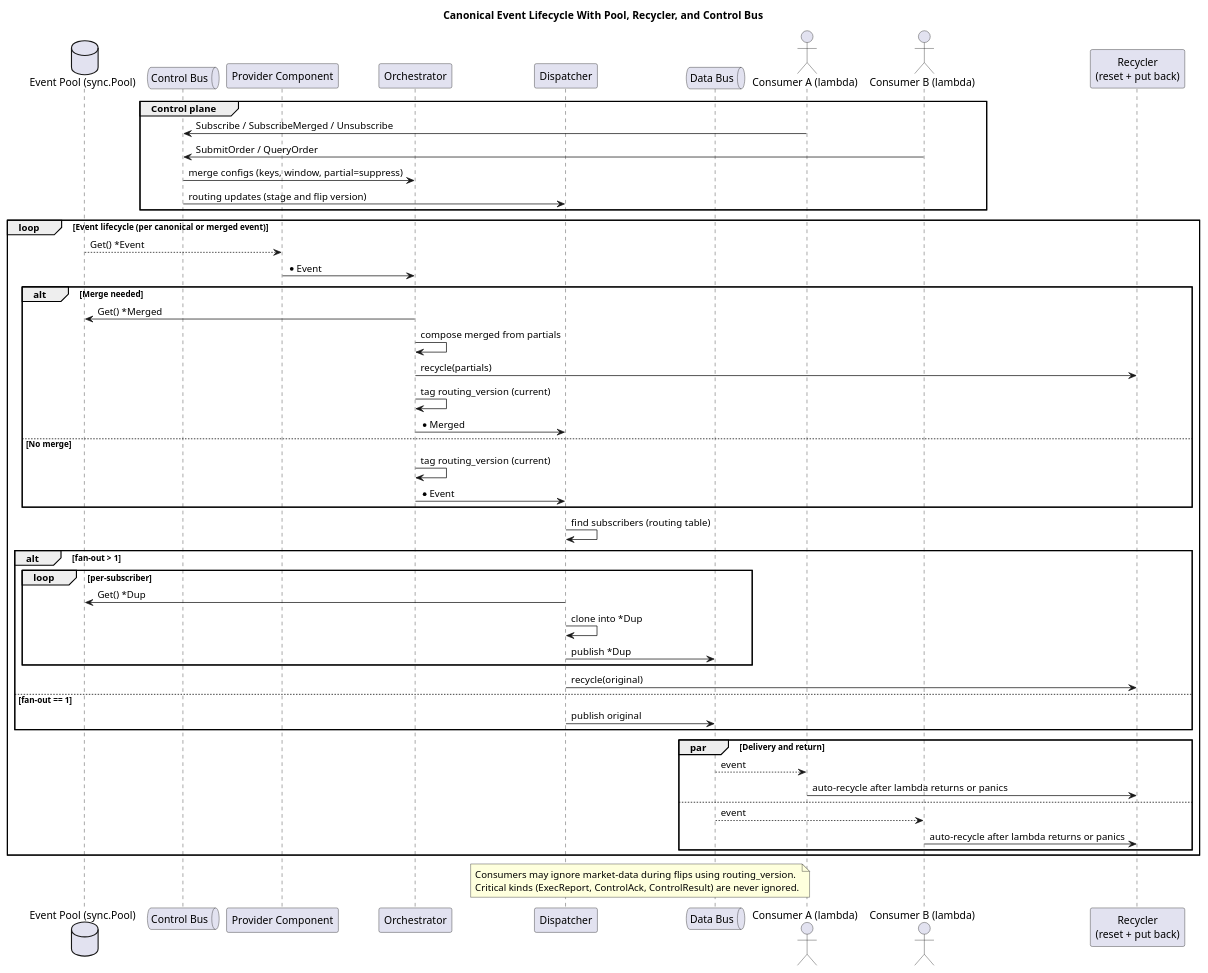
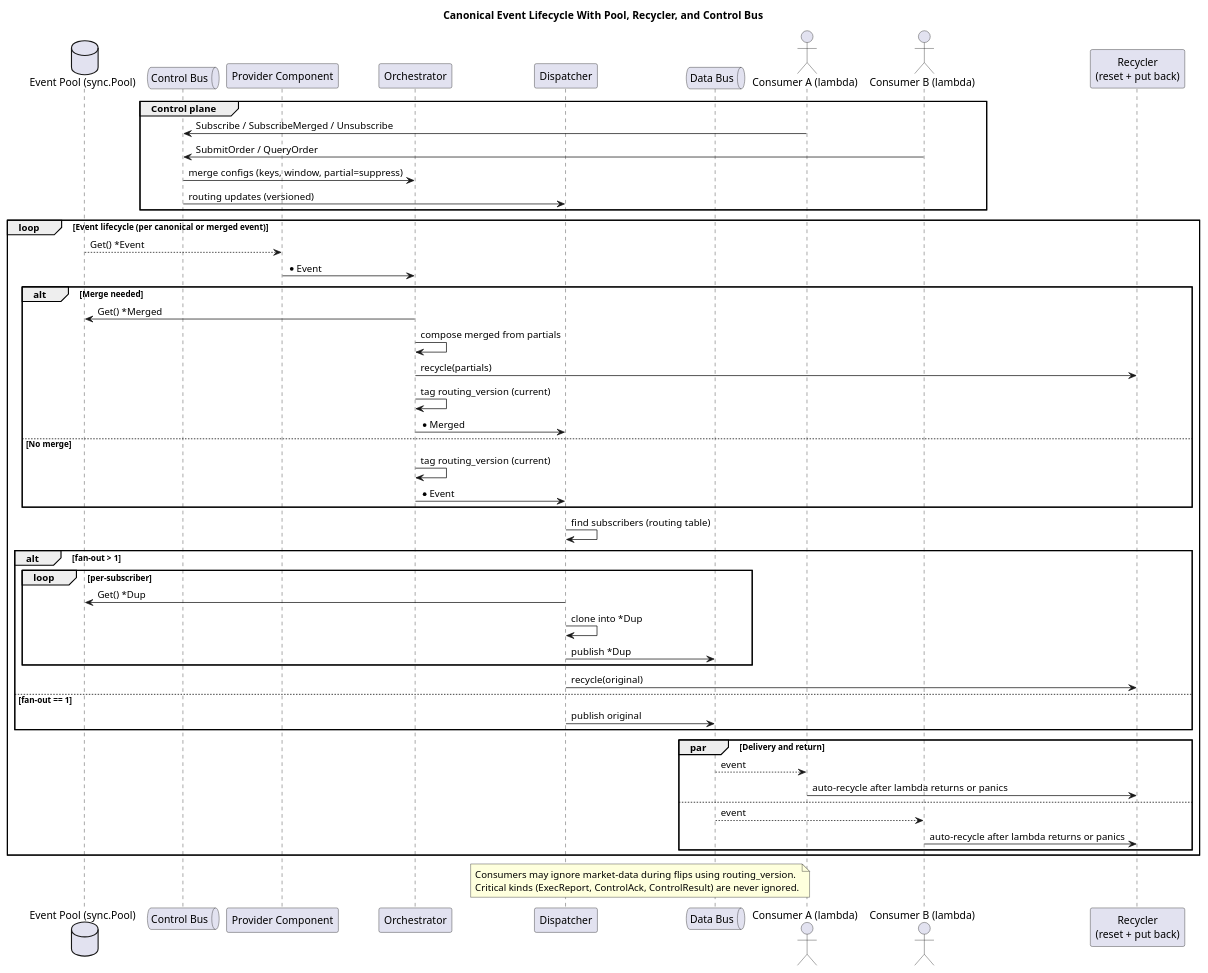
The diagram in docs/diagrams/event-lifecycle-pooling.puml (coachpo/meltica), drawn with PlantUML before and after one commit. The commit also changed other lines of this file and 25 other files, not shown here.

```diff
--- a/docs/diagrams/event-lifecycle-pooling.puml
+++ b/docs/diagrams/event-lifecycle-pooling.puml
@@ -1,61 +1,61 @@
 @startuml
 title Canonical Event Lifecycle With Pool, Recycler, and Control Bus
 
 database "Event Pool (sync.Pool)" as Pool
 queue "Control Bus" as ControlBus
 participant "Provider Component" as Provider
 participant "Orchestrator" as Orchestrator
 participant "Dispatcher" as Dispatcher
 queue "Data Bus" as DataBus
 actor "Consumer A (lambda)" as CON_A
 actor "Consumer B (lambda)" as CON_B
 participant "Recycler\n(reset + put back)" as Recycler
 
 group Control plane
   CON_A -> ControlBus : Subscribe / SubscribeMerged / Unsubscribe
   CON_B -> ControlBus : SubmitOrder / QueryOrder
   ControlBus -> Orchestrator : merge configs (keys, window, partial=suppress)
-  ControlBus -> Dispatcher : routing updates (stage and flip version)
+  ControlBus -> Dispatcher : routing updates (versioned)
 end group
 
 loop Event lifecycle (per canonical or merged event)
   Pool --> Provider : Get() *Event
   Provider -> Orchestrator : *Event
 
   alt Merge needed
     Orchestrator -> Pool : Get() *Merged
     Orchestrator -> Orchestrator : compose merged from partials
     Orchestrator -> Recycler : recycle(partials)
     Orchestrator -> Orchestrator : tag routing_version (current)
     Orchestrator -> Dispatcher : *Merged
   else No merge
     Orchestrator -> Orchestrator : tag routing_version (current)
     Orchestrator -> Dispatcher : *Event
   end
 
   Dispatcher -> Dispatcher : find subscribers (routing table)
   alt fan-out > 1
     loop per-subscriber
       Dispatcher -> Pool : Get() *Dup
       Dispatcher -> Dispatcher : clone into *Dup
       Dispatcher -> DataBus : publish *Dup
     end
     Dispatcher -> Recycler : recycle(original)
   else fan-out == 1
     Dispatcher -> DataBus : publish original
   end
 
   par Delivery and return
     DataBus --> CON_A : event
     CON_A -> Recycler : auto-recycle after lambda returns or panics
   else
     DataBus --> CON_B : event
     CON_B -> Recycler : auto-recycle after lambda returns or panics
   end
 end
 
 note over Dispatcher,DataBus
 Consumers may ignore market-data during flips using routing_version.
 Critical kinds (ExecReport, ControlAck, ControlResult) are never ignored.
 end note
 @enduml
```
